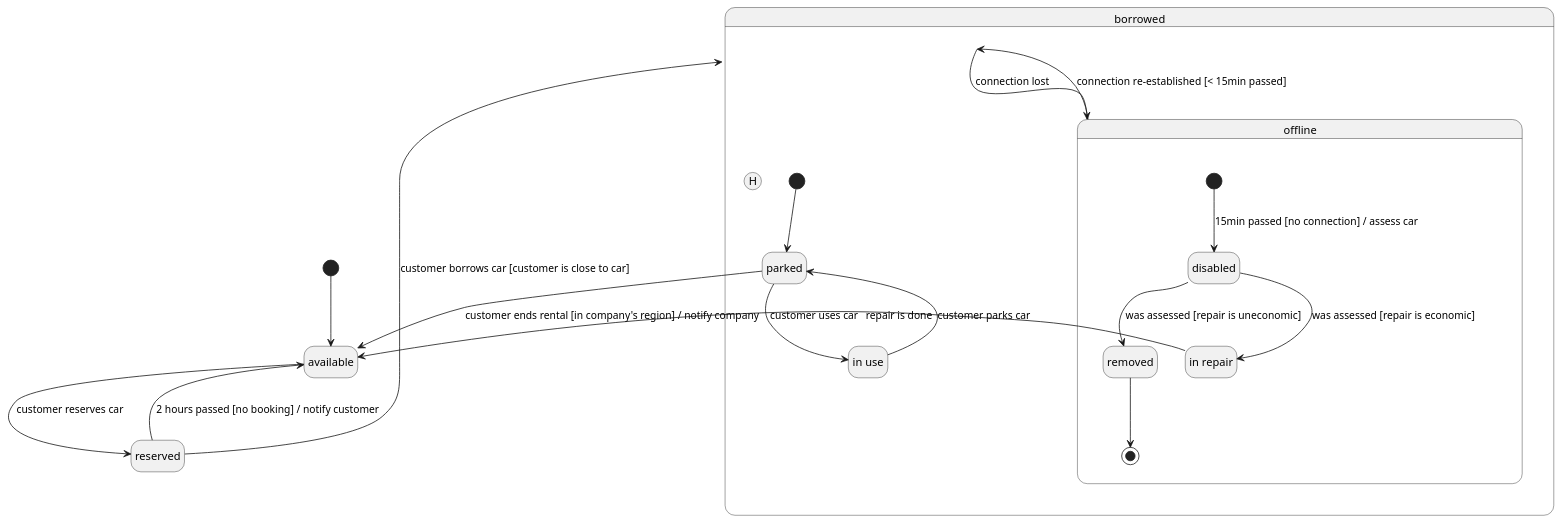
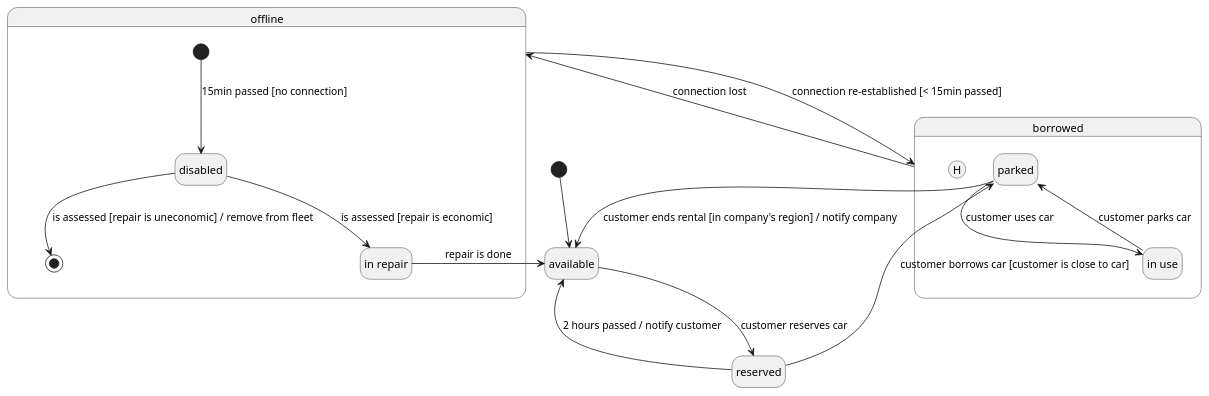
One commit to cxrvus/rub changed the diagram in swe/car.puml. Above: the diagram before and after it, drawn with PlantUML.

Commit message:
car.puml progress

```diff
--- a/swe/car.puml
+++ b/swe/car.puml
@@ -1,35 +1,34 @@
 @startuml
 'https://plantuml.com/state-diagram
 '!pragma layout smetana
 hide empty description
 
 [*] --> available
 
 available --> reserved : customer reserves car
-reserved --> borrowed : customer borrows car [customer is close to car]
-reserved --> available : 2 hours passed [no booking] / notify customer
+reserved --> available : 2 hours passed / notify customer
+
+state offline {
+	[*] --> disabled : 15min passed [no connection]
+	disabled --> [*] : is assessed [repair is uneconomic] / remove from fleet
+	disabled --> in_repair : is assessed [repair is economic]
+	in_repair --> available : repair is done
+
+	state "in repair" as in_repair
+}
 
 state borrowed {
-	[*] --> parked
+	reserved --> parked : customer borrows car [customer is close to car]
 	parked --> in_use : customer uses car
 	in_use --> parked  : customer parks car
 	state "in use" as in_use
 	
 	parked --> available : customer ends rental [in company's region] / notify company
 	borrowed --> offline : connection lost
 	offline --> borrowed : connection re-established [< 15min passed]
 
 	state h as "H" <<history>>
 }
 
-state offline {
-	[*] --> disabled : 15min passed [no connection] / assess car
-	disabled --> removed : was assessed [repair is uneconomic]
-	removed --> [*]
-	disabled --> in_repair : was assessed [repair is economic]
-	in_repair --> available : repair is done
-
-	state "in repair" as in_repair
-}
 
 @enduml
```
